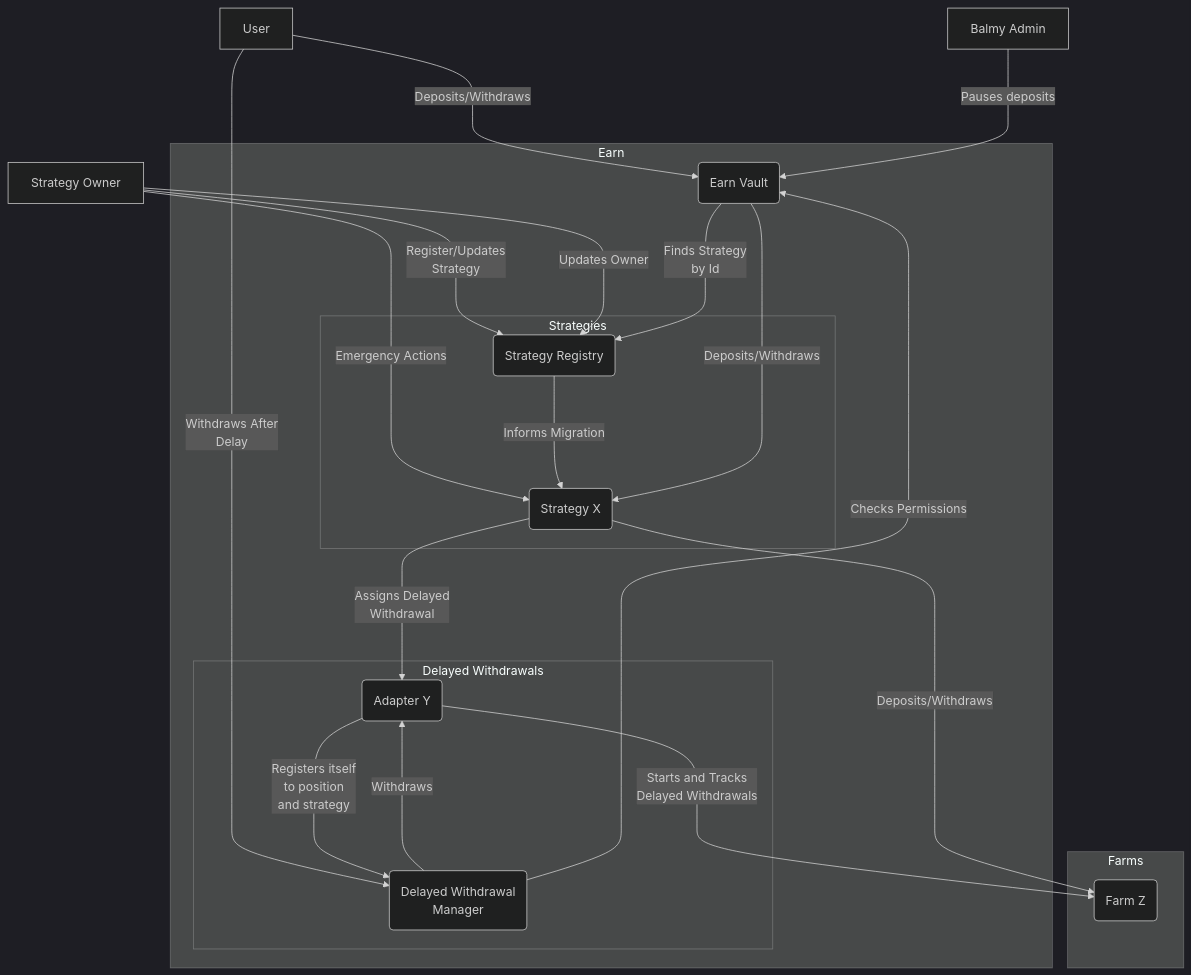
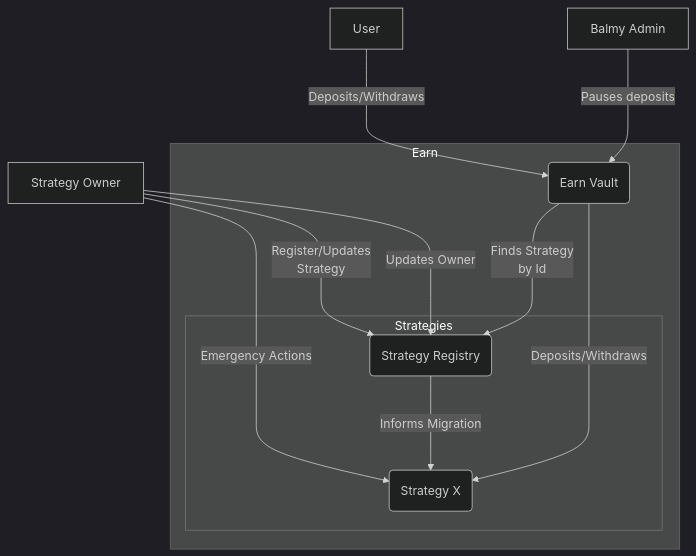
Before and after one commit to Balmy-protocol/earn-core: the diagram in README.md, drawn with Mermaid (dark theme). The commit also changed other lines of this file and 4 other files, not shown here.

````diff
--- a/README.md
+++ b/README.md
@@ -129,41 +91,25 @@
 ```mermaid
 flowchart
     user[User]
     admin[Balmy Admin]
     owner[Strategy Owner]
 
     subgraph earn[Earn]
       vault(Earn Vault)
 
       subgraph strategies[Strategies]
         strategy(Strategy X)
         registry(Strategy Registry)
       end
-
-      subgraph delayed[Delayed Withdrawals]
-        manager(Delayed Withdrawal\n Manager)
-        adapter(Adapter Y)
-      end
-    end
-
-    subgraph farms[Farms]
-      farm(Farm Z)
     end
 
     user --->|Deposits/Withdraws|vault
-    user --->|Withdraws After\nDelay|manager
     admin --->|Pauses deposits|vault
-    owner --->|Register/Updates\nStrategy|registry
+    owner --->|Register/Updates</br>Strategy|registry
     owner --->|Updates Owner|registry
     owner --->|Emergency Actions|strategy
     registry --->|Informs Migration|strategy
-    vault --->|Finds Strategy\nby Id|registry
+    vault --->|Finds Strategy</br>by Id|registry
     vault --->|Deposits/Withdraws|strategy
-    strategy --->|Deposits/Withdraws|farm
-    strategy --->|Assigns Delayed\nWithdrawal|adapter
-    adapter --->|Starts and Tracks\n Delayed Withdrawals|farm
-    adapter --->|Registers itself\nto position\nand strategy|manager
-    manager --->|Withdraws|adapter
-    manager --->|Checks Permissions|vault
 
 ```
````
